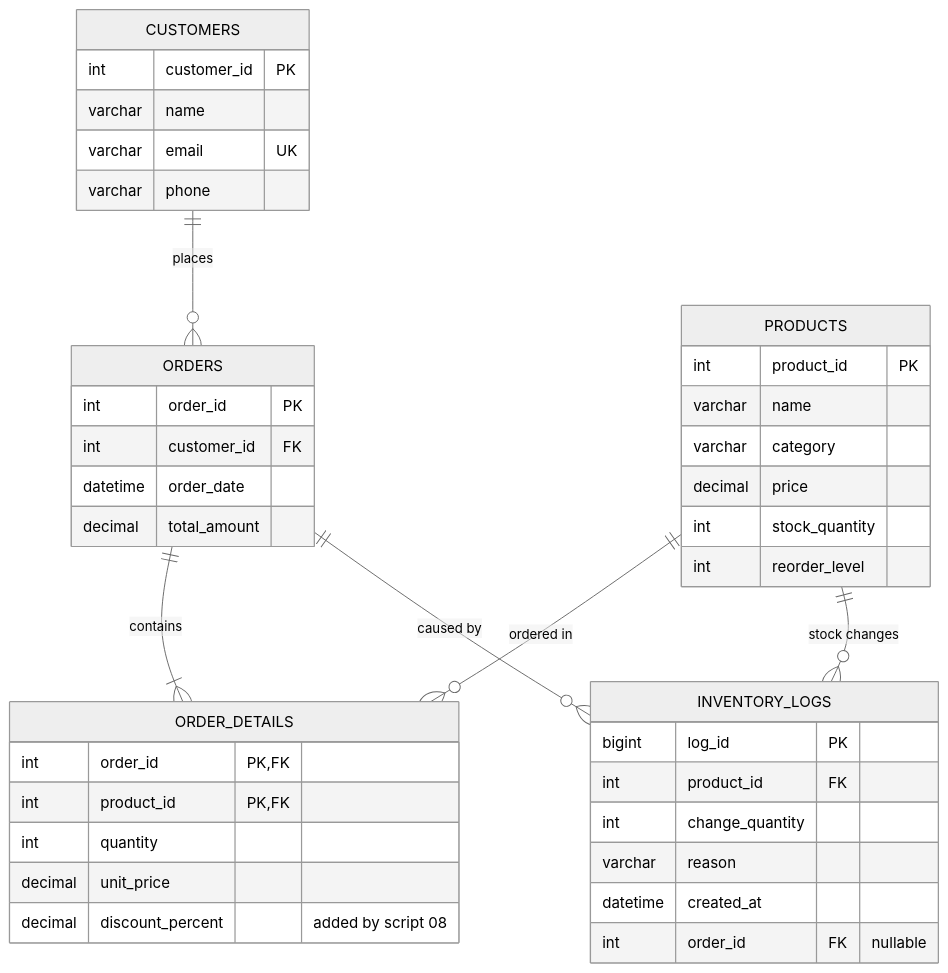
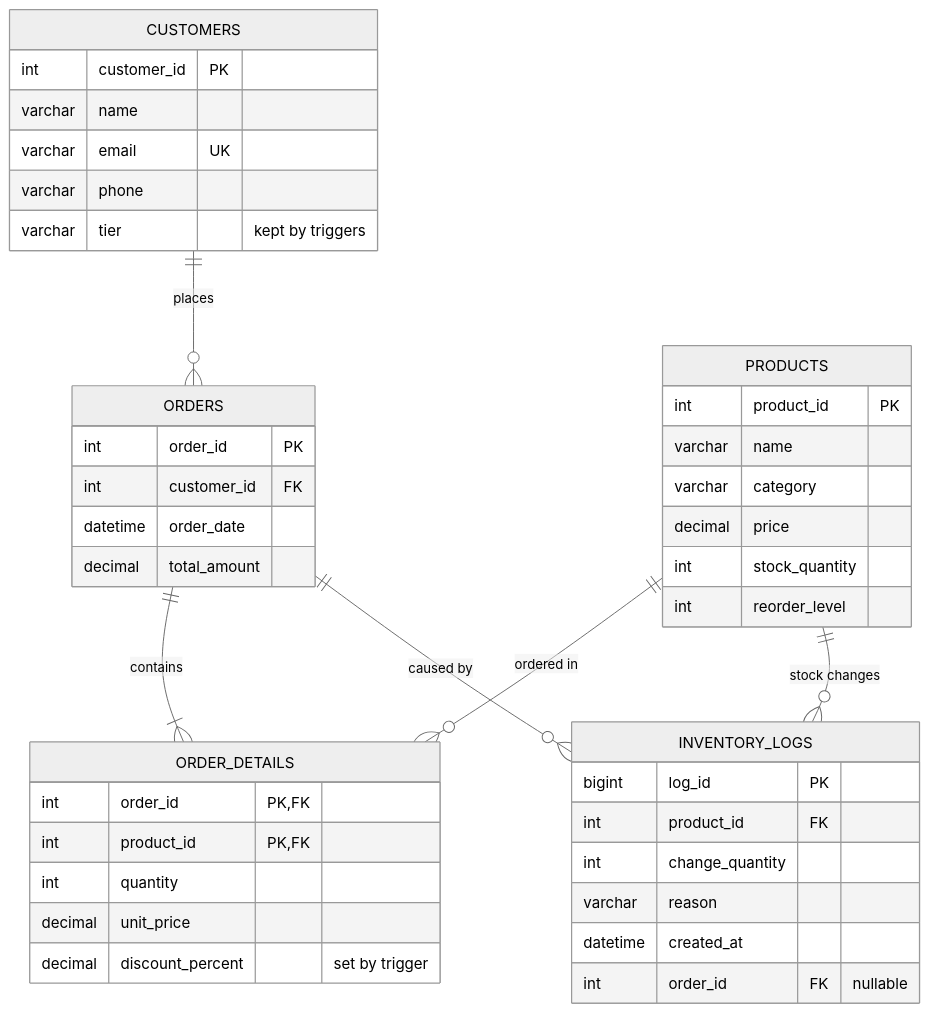
Before and after one commit to MugaboVedaste/Inventory-Order-Mgt: the diagram in README.md, drawn with Mermaid (neutral theme). The commit also changed other lines of this file and 12 other files, not shown here.

````diff
--- a/README.md
+++ b/README.md
@@ -103,44 +105,45 @@
 ```mermaid
 erDiagram
     CUSTOMERS ||--o{ ORDERS : places
     ORDERS ||--|{ ORDER_DETAILS : contains
     PRODUCTS ||--o{ ORDER_DETAILS : "ordered in"
     PRODUCTS ||--o{ INVENTORY_LOGS : "stock changes"
     ORDERS ||--o{ INVENTORY_LOGS : "caused by"
 
     CUSTOMERS {
         int customer_id PK
         varchar name
         varchar email UK
         varchar phone
+        varchar tier "kept by triggers"
     }
     PRODUCTS {
         int product_id PK
         varchar name
         varchar category
         decimal price
         int stock_quantity
         int reorder_level
     }
     ORDERS {
         int order_id PK
         int customer_id FK
         datetime order_date
         decimal total_amount
     }
     ORDER_DETAILS {
         int order_id PK, FK
         int product_id PK, FK
         int quantity
         decimal unit_price
-        decimal discount_percent "added by script 08"
+        decimal discount_percent "set by trigger"
     }
     INVENTORY_LOGS {
         bigint log_id PK
         int product_id FK
         int change_quantity
         varchar reason
         datetime created_at
         int order_id FK "nullable"
     }
 ```
````
